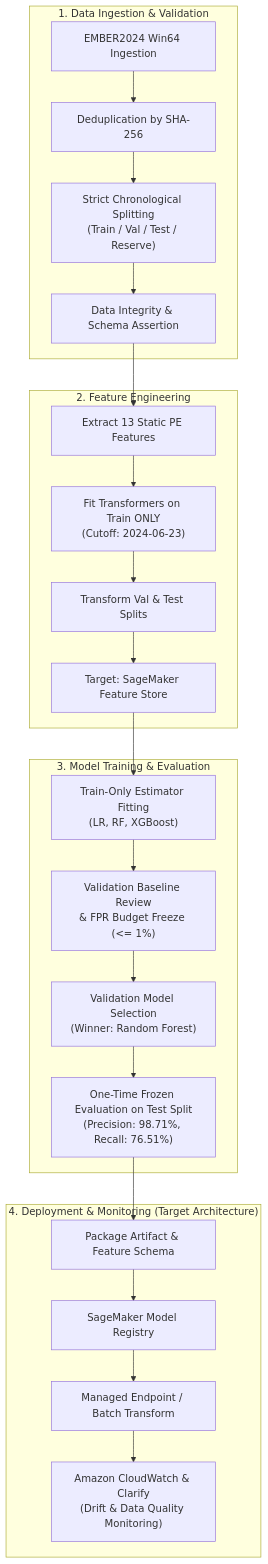
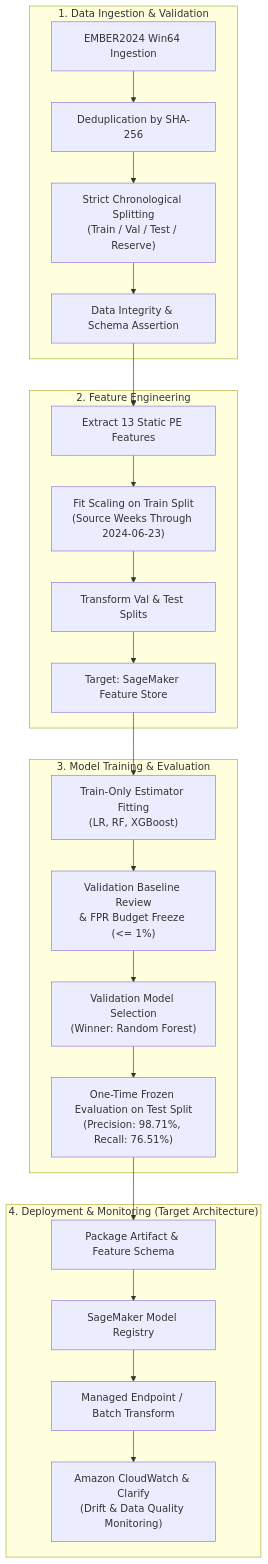
One commit to Nitz008/AAI-540-Final-Team-Project-Group1 changed the first of 3 diagrams in docs/ml_system_design.md. Above: the diagram before and after it, drawn with Mermaid. The commit also changed other lines of this file and 5 other files, not shown here.

````diff
--- a/docs/ml_system_design.md
+++ b/docs/ml_system_design.md
@@ -62,29 +64,29 @@
 ```mermaid
 flowchart TD
     subgraph Data_Layer["1. Data Ingestion & Validation"]
         A["EMBER2024 Win64 Ingestion"] --> B["Deduplication by SHA-256"]
         B --> C["Strict Chronological Splitting<br/>(Train / Val / Test / Reserve)"]
         C --> D["Data Integrity & Schema Assertion"]
     end
 
     subgraph Feature_Layer["2. Feature Engineering"]
         D --> E["Extract 13 Static PE Features"]
-        E --> F["Fit Transformers on Train ONLY<br/>(Cutoff: 2024-06-23)"]
+        E --> F["Fit Scaling on Train Split<br/>(Source Weeks Through 2024-06-23)"]
         F --> G["Transform Val & Test Splits"]
         G --> H["Target: SageMaker Feature Store"]
     end
 
     subgraph Modeling_Layer["3. Model Training & Evaluation"]
         H --> I["Train-Only Estimator Fitting<br/>(LR, RF, XGBoost)"]
         I --> J["Validation Baseline Review<br/>& FPR Budget Freeze (<= 1%)"]
         J --> K["Validation Model Selection<br/>(Winner: Random Forest)"]
         K --> L["One-Time Frozen Evaluation on Test Split<br/>(Precision: 98.71%, Recall: 76.51%)"]
     end
 
     subgraph Operational_Layer["4. Deployment & Monitoring (Target Architecture)"]
         L --> M["Package Artifact & Feature Schema"]
         M --> N["SageMaker Model Registry"]
         N --> O["Managed Endpoint / Batch Transform"]
         O --> P["Amazon CloudWatch & Clarify<br/>(Drift & Data Quality Monitoring)"]
     end
 ```
````
